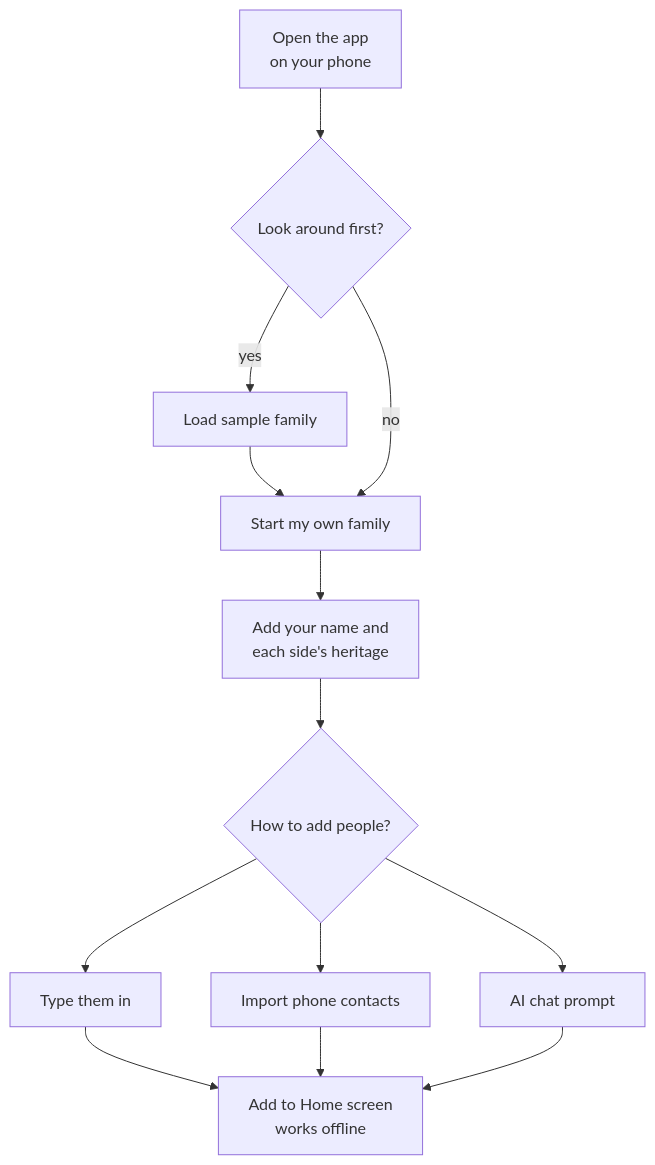
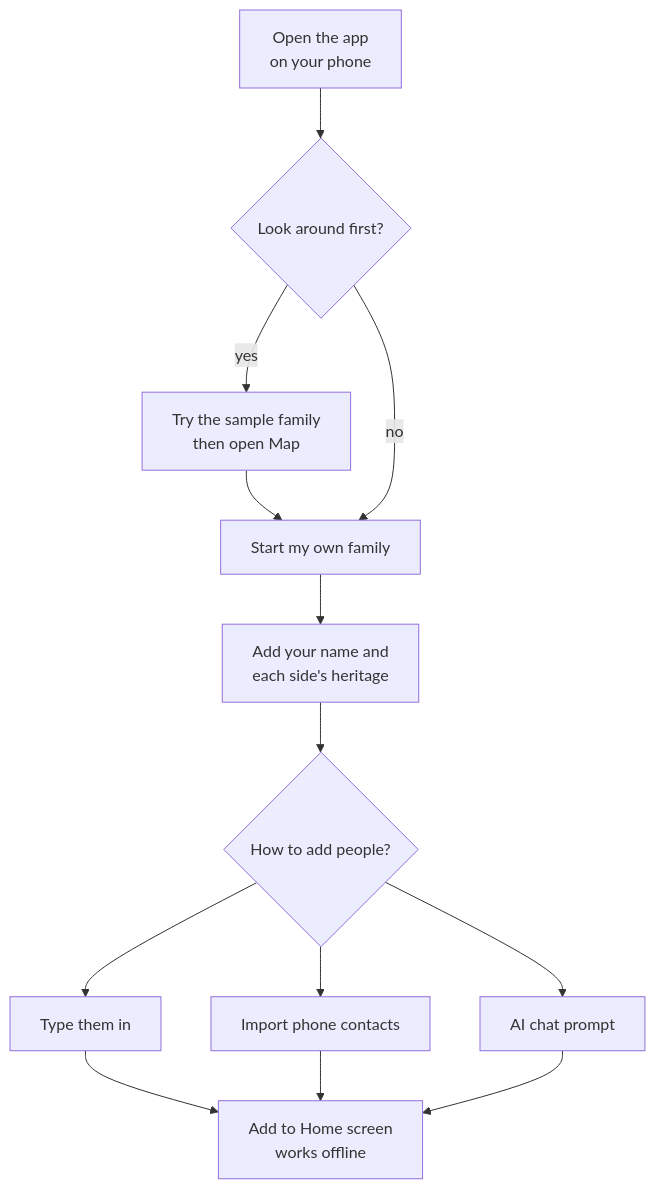
Before and after one commit to akaseahawk/paribar-family-tree: the fourth of 6 diagrams in README.md, drawn with Mermaid. The commit also changed other lines of this file and 15 other files, not shown here.

````diff
--- a/README.md
+++ b/README.md
@@ -35,15 +78,15 @@
 ```mermaid
 flowchart TD
   A["Open the app<br/>on your phone"] --> B{"Look around first?"}
-  B -- yes --> C["Load sample family"]
+  B -- yes --> C["Try the sample family<br/>then open Map"]
   C --> D["Start my own family"]
   B -- no --> D
   D --> E["Add your name and<br/>each side's heritage"]
   E --> F{"How to add people?"}
   F --> G["Type them in"]
   F --> H["Import phone contacts"]
   F --> I["AI chat prompt"]
   G --> J["Add to Home screen<br/>works offline"]
   H --> J
   I --> J
 ```
````
